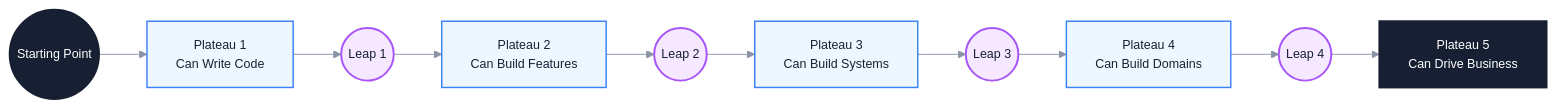
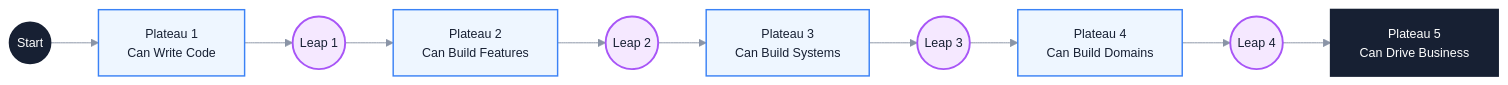
One commit to Fatejian/frontier-vault changed the second of 3 diagrams in docs/en/career/growth-path.md. Above: the diagram before and after it, drawn with Mermaid. The commit also changed other lines of this file and 44 other files, not shown here.

````diff
--- a/docs/en/career/growth-path.md
+++ b/docs/en/career/growth-path.md
@@ -105,24 +105,24 @@
 ```mermaid
 %%{init: {'theme': 'base', 'themeVariables': { 'fontFamily': 'Inter, PingFang SC, Microsoft YaHei, sans-serif', 'primaryColor': '#F7F9FC', 'primaryTextColor': '#172033', 'primaryBorderColor': '#6EA8FE', 'lineColor': '#8A94A6', 'fontSize': '13px'}}}%%
 flowchart LR
-    P1((Starting Point))
+    P1((Start))
     P2["Plateau 1<br/>Can Write Code"]
     P3((Leap 1))
     P4["Plateau 2<br/>Can Build Features"]
     P5((Leap 2))
     P6["Plateau 3<br/>Can Build Systems"]
     P7((Leap 3))
     P8["Plateau 4<br/>Can Build Domains"]
     P9((Leap 4))
     P10["Plateau 5<br/>Can Drive Business"]
 
     P1 --> P2 --> P3 --> P4 --> P5 --> P6 --> P7 --> P8 --> P9 --> P10
 
     classDef start fill:#172033,color:#fff,stroke:#172033,stroke-width:2px;
     classDef plateau fill:#EEF6FF,stroke:#3B82F6,color:#172033,stroke-width:1.5px;
     classDef leap fill:#F5E8FF,stroke:#A855F7,color:#172033,stroke-width:2px;
 
     class P1,P10 start;
     class P2,P4,P6,P8 plateau;
     class P3,P5,P7,P9 leap;
 ```
````
